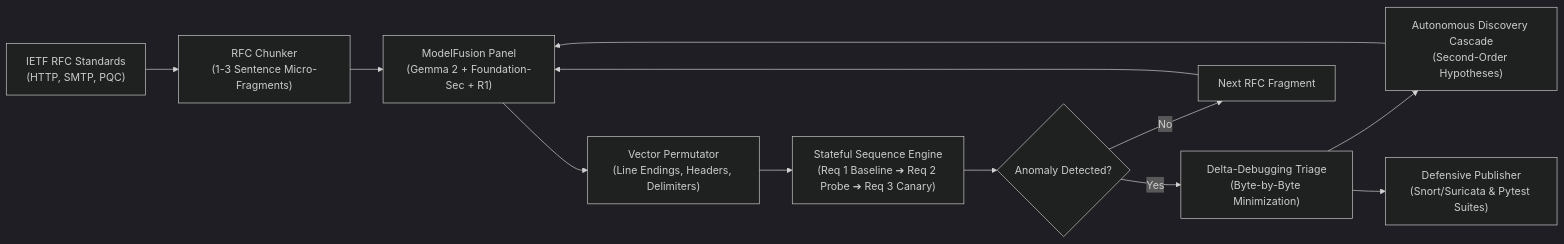
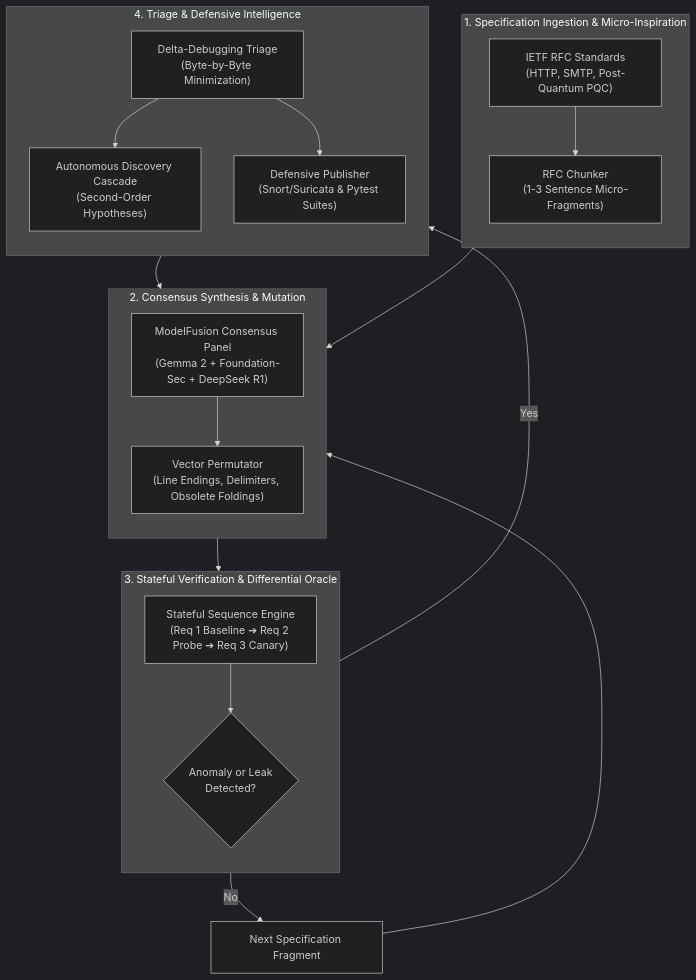
Before and after one commit to oyesanyf/rfchunt: the diagram in README.md, drawn with Mermaid (dark theme).

Commit message:
fix(docs): restructure architecture diagram to responsive top-down layout with subgraphs

````diff
--- a/README.md
+++ b/README.md
@@ -50,14 +50,30 @@
 ```mermaid
-flowchart LR
-    A["IETF RFC Standards\n(HTTP, SMTP, PQC)"] --> B["RFC Chunker\n(1-3 Sentence Micro-Fragments)"]
-    B --> C["ModelFusion Panel\n(Gemma 2 + Foundation-Sec + R1)"]
-    C --> D["Vector Permutator\n(Line Endings, Headers, Delimiters)"]
-    D --> E["Stateful Sequence Engine\n(Req 1 Baseline ➔ Req 2 Probe ➔ Req 3 Canary)"]
-    E --> F{"Anomaly Detected?"}
-    F -- Yes --> G["Delta-Debugging Triage\n(Byte-by-Byte Minimization)"]
-    G --> H["Autonomous Discovery Cascade\n(Second-Order Hypotheses)"]
+flowchart TD
+    subgraph INGEST ["1. Specification Ingestion & Micro-Inspiration"]
+        direction TB
+        A["IETF RFC Standards\n(HTTP, SMTP, Post-Quantum PQC)"] --> B["RFC Chunker\n(1-3 Sentence Micro-Fragments)"]
+    end
+
+    subgraph GEN ["2. Consensus Synthesis & Mutation"]
+        direction TB
+        B --> C["ModelFusion Consensus Panel\n(Gemma 2 + Foundation-Sec + DeepSeek R1)"]
+        C --> D["Vector Permutator\n(Line Endings, Delimiters, Obsolete Foldings)"]
+    end
+
+    subgraph EXEC ["3. Stateful Verification & Differential Oracle"]
+        direction TB
+        D --> E["Stateful Sequence Engine\n(Req 1 Baseline ➔ Req 2 Probe ➔ Req 3 Canary)"]
+        E --> F{"Anomaly or Leak\nDetected?"}
+    end
+
+    subgraph TRIAGE ["4. Triage & Defensive Intelligence"]
+        direction TB
+        F -- "Yes" --> G["Delta-Debugging Triage\n(Byte-by-Byte Minimization)"]
+        G --> H["Autonomous Discovery Cascade\n(Second-Order Hypotheses)"]
+        G --> I["Defensive Publisher\n(Snort/Suricata & Pytest Suites)"]
+    end
+
+    F -- "No" --> J["Next Specification Fragment"]
+    J --> C
     H --> C
-    G --> I["Defensive Publisher\n(Snort/Suricata & Pytest Suites)"]
-    F -- No --> J["Next RFC Fragment"]
-    J --> C
 ```
````
